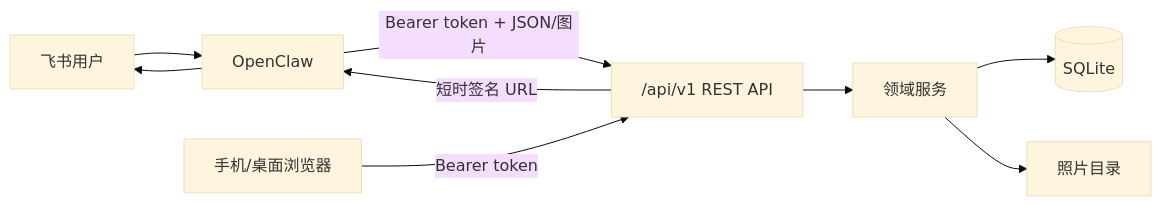
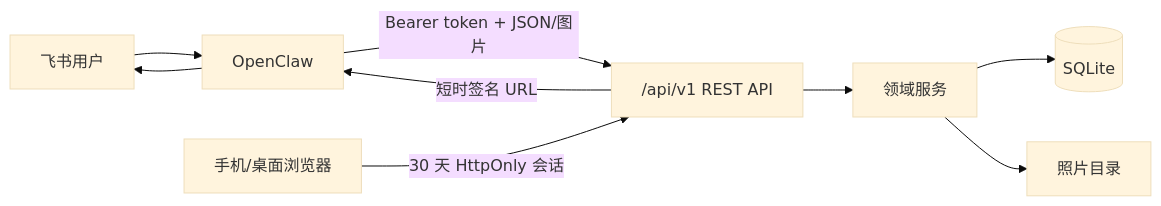
Before and after one commit to john-ops-lab/EasyStuffFind: the diagram in docs/architecture.md, drawn with Mermaid (base theme). The commit also changed other lines of this file and 33 other files, not shown here.

````diff
--- a/docs/architecture.md
+++ b/docs/architecture.md
@@ -33,11 +36,11 @@
 ```mermaid
 flowchart LR
     F["飞书用户"] --> O["OpenClaw"]
     O -->|Bearer token + JSON/图片| A["/api/v1 REST API"]
-    W["手机/桌面浏览器"] -->|Bearer token| A
+    W["手机/桌面浏览器"] -->|30 天 HttpOnly 会话| A
     A --> S["领域服务"]
     S --> D[("SQLite")]
     S --> P["照片目录"]
     A -->|短时签名 URL| O
     O --> F
 ```
````
